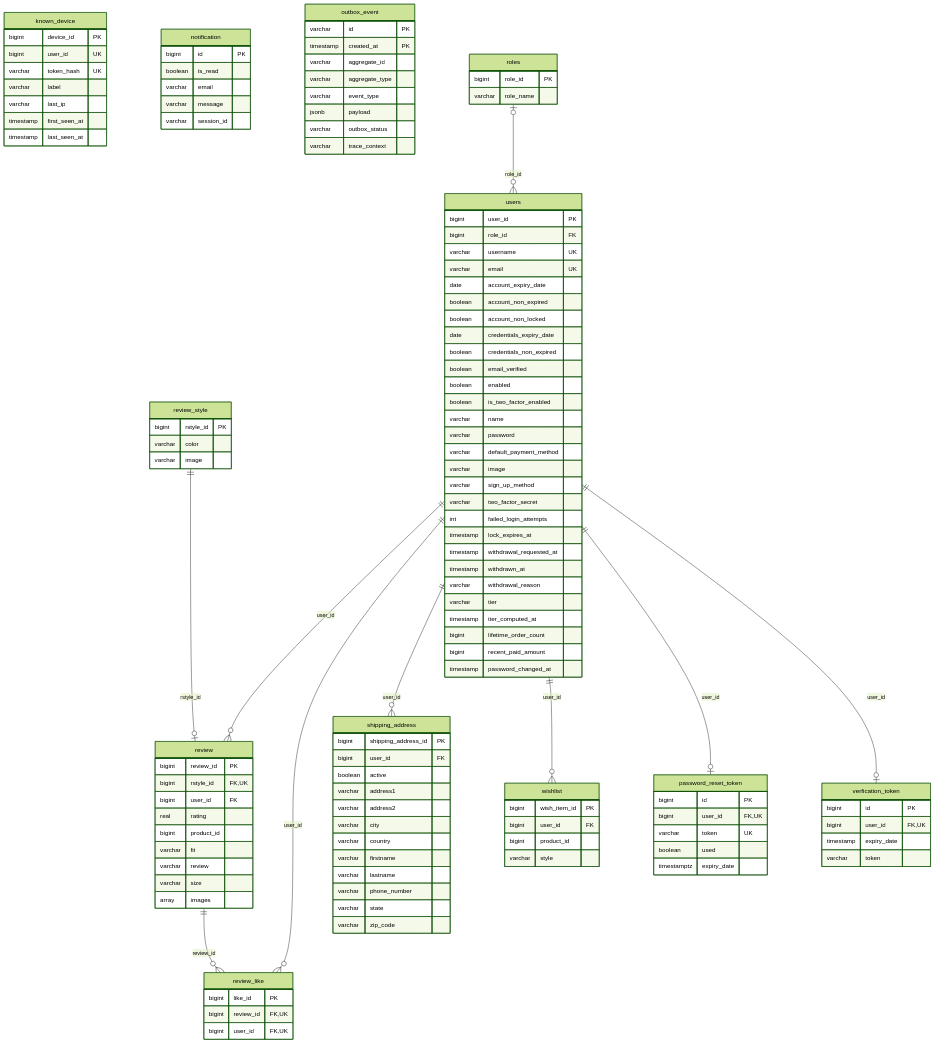
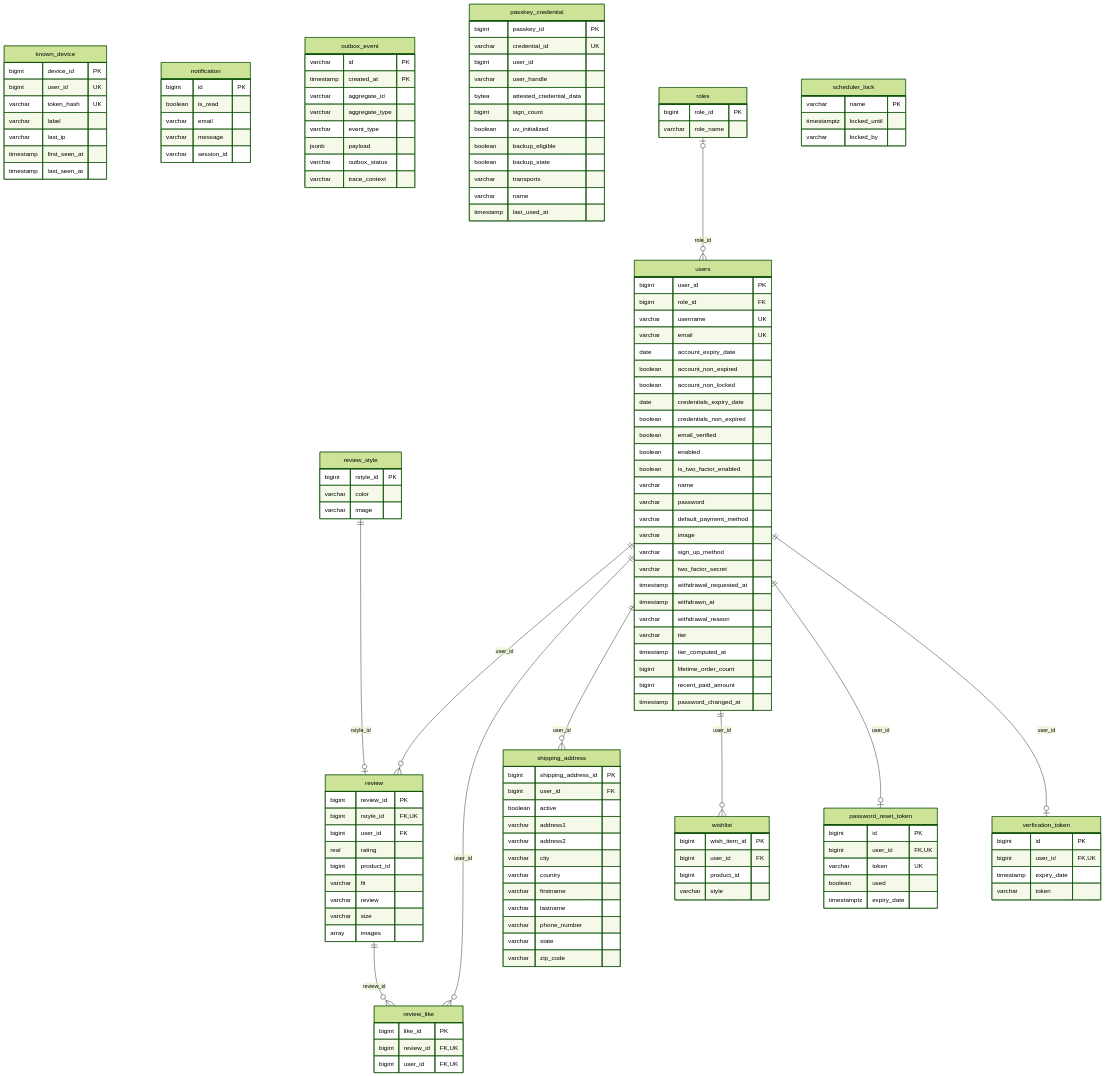
One commit to ruke79/ecommerce-msa-portfolio changed the second of 8 diagrams in docs/69-erd.ko.md. Above: the diagram before and after it, drawn with Mermaid (forest theme). The commit also changed other lines of this file and 126 other files, not shown here.

```diff
--- a/docs/69-erd.ko.md
+++ b/docs/69-erd.ko.md
@@ -145,6 +147,20 @@
         jsonb payload
         varchar outbox_status
         varchar trace_context
+    }
+    passkey_credential {
+        bigint passkey_id PK
+        varchar credential_id UK
+        bigint user_id
+        varchar user_handle
+        bytea attested_credential_data
+        bigint sign_count
+        boolean uv_initialized
+        boolean backup_eligible
+        boolean backup_state
+        varchar transports
+        varchar name
+        timestamp last_used_at
     }
     password_reset_token {
         bigint id PK
@@ -177,6 +193,11 @@
     roles {
         bigint role_id PK
         varchar role_name
+    }
+    scheduler_lock {
+        varchar name PK
+        timestamptz locked_until
+        varchar locked_by
     }
     shipping_address {
         bigint shipping_address_id PK
@@ -211,8 +232,6 @@
         varchar image
         varchar sign_up_method
         varchar two_factor_secret
-        int failed_login_attempts
-        timestamp lock_expires_at
         timestamp withdrawal_requested_at
         timestamp withdrawn_at
         varchar withdrawal_reason
```
